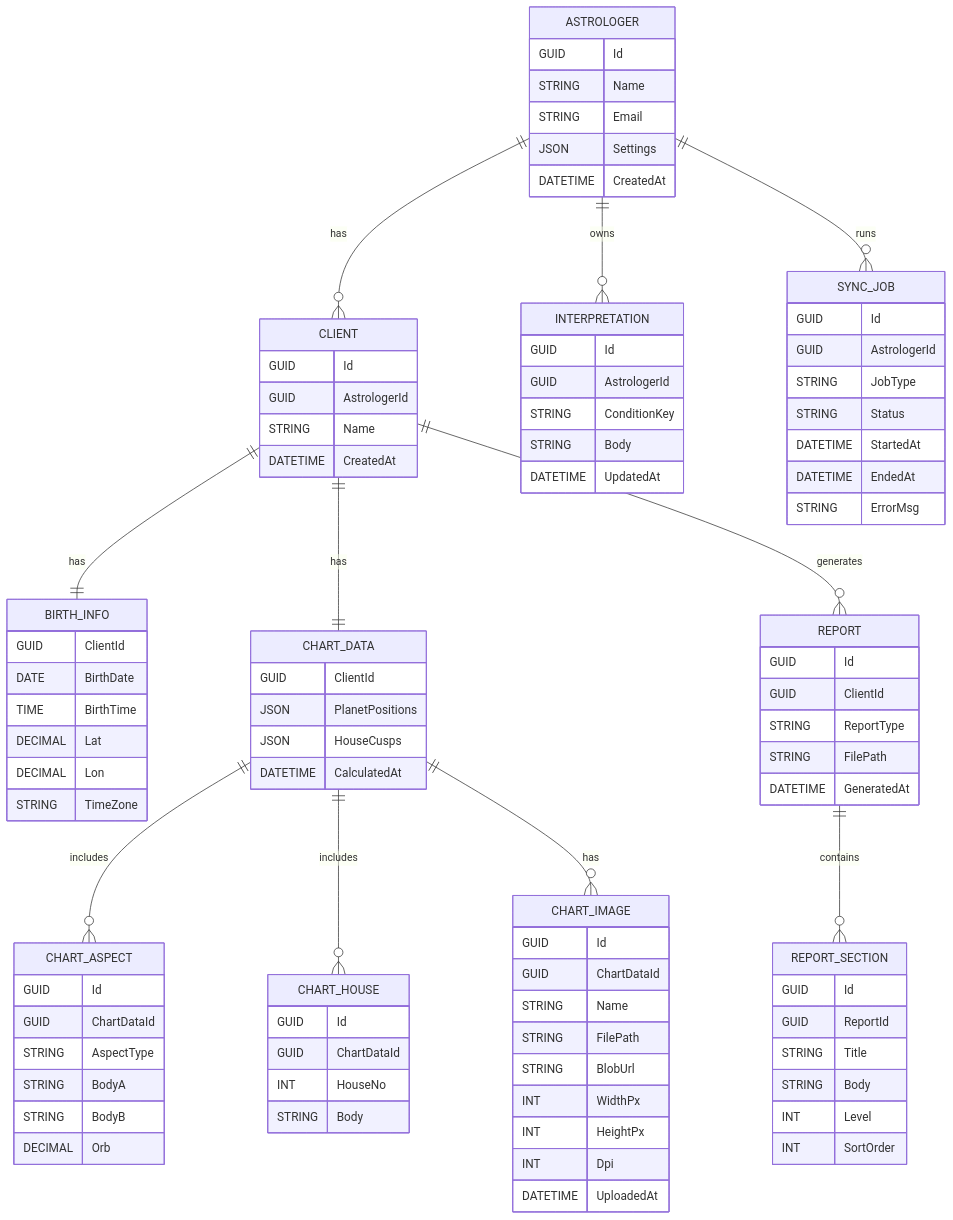
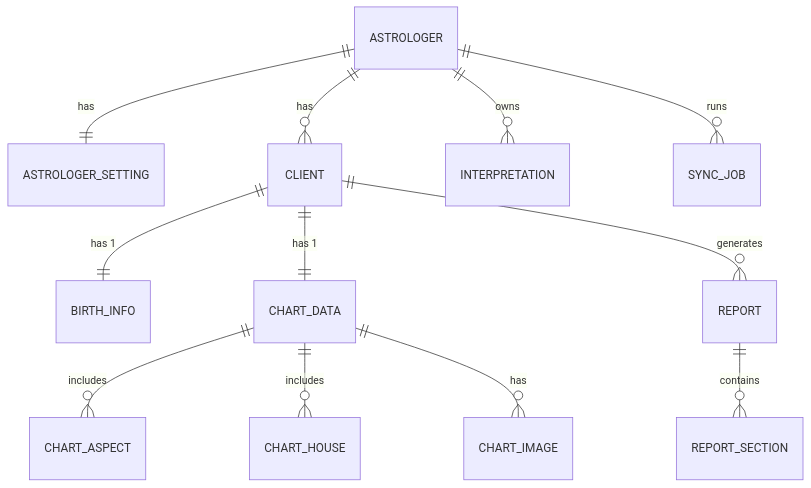
One commit to i-tachiiri/template-avalonia changed the diagram in docs/data-design.md. Above: the diagram before and after it, drawn with Mermaid. The commit also changed other lines of this file, not shown here.

````diff
--- a/docs/data-design.md
+++ b/docs/data-design.md
@@ -29,110 +9,17 @@
 ```mermaid
 erDiagram
-    ASTROLOGER ||--o{ CLIENT : has
-    ASTROLOGER ||--o{ INTERPRETATION : owns
-    ASTROLOGER ||--o{ SYNC_JOB : runs
+    ASTROLOGER ||--|| ASTROLOGER_SETTING : has
+    ASTROLOGER ||--o{ CLIENT            : has
+    ASTROLOGER ||--o{ INTERPRETATION    : owns
+    ASTROLOGER ||--o{ SYNC_JOB          : runs
 
-    CLIENT ||--|| BIRTH_INFO : has
-    CLIENT ||--|| CHART_DATA : has
-    CLIENT ||--o{ REPORT : generates
+    CLIENT ||--|| BIRTH_INFO : "has 1"
+    CLIENT ||--|| CHART_DATA : "has 1"
+    CLIENT ||--o{ REPORT      : generates
 
     REPORT ||--o{ REPORT_SECTION : contains
 
     CHART_DATA ||--o{ CHART_ASPECT : includes
     CHART_DATA ||--o{ CHART_HOUSE  : includes
     CHART_DATA ||--o{ CHART_IMAGE  : has
-
-    ASTROLOGER {
-      GUID Id
-      STRING Name
-      STRING Email
-      JSON Settings
-      DATETIME CreatedAt
-    }
-
-    SYNC_JOB {
-      GUID Id
-      GUID AstrologerId
-      STRING JobType
-      STRING Status
-      DATETIME StartedAt
-      DATETIME EndedAt
-      STRING ErrorMsg
-    }
-
-    INTERPRETATION {
-      GUID Id
-      GUID AstrologerId
-      STRING ConditionKey
-      STRING Body
-      DATETIME UpdatedAt
-    }
-
-    CLIENT {
-      GUID Id
-      GUID AstrologerId
-      STRING Name
-      DATETIME CreatedAt
-    }
-
-    BIRTH_INFO {
-      GUID ClientId
-      DATE BirthDate
-      TIME BirthTime
-      DECIMAL Lat
-      DECIMAL Lon
-      STRING TimeZone
-    }
-
-    CHART_DATA {
-      GUID ClientId
-      JSON PlanetPositions
-      JSON HouseCusps
-      DATETIME CalculatedAt
-    }
-
-    CHART_ASPECT {
-      GUID Id
-      GUID ChartDataId
-      STRING AspectType
-      STRING BodyA
-      STRING BodyB
-      DECIMAL Orb
-    }
-
-    CHART_HOUSE {
-      GUID Id
-      GUID ChartDataId
-      INT HouseNo
-      STRING Body
-    }
-
-    CHART_IMAGE {
-      GUID Id
-      GUID ChartDataId
-      STRING Name
-      STRING FilePath
-      STRING BlobUrl
-      INT WidthPx
-      INT HeightPx
-      INT Dpi
-      DATETIME UploadedAt
-    }
-
-    REPORT {
-      GUID Id
-      GUID ClientId
-      STRING ReportType
-      STRING FilePath
-      DATETIME GeneratedAt
-    }
-
-    REPORT_SECTION {
-      GUID Id
-      GUID ReportId
-      STRING Title
-      STRING Body
-      INT Level
-      INT SortOrder
-    }
 ```
````
